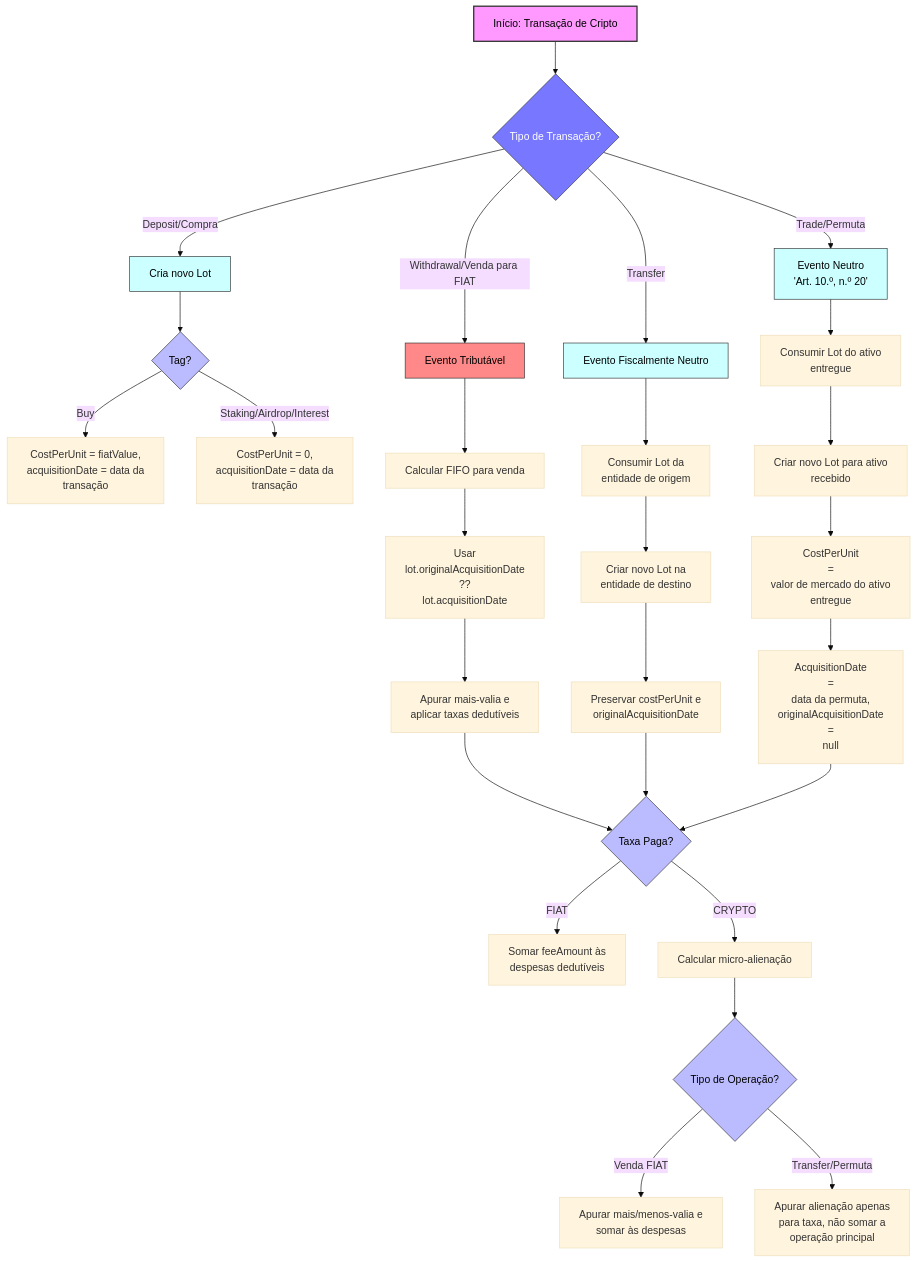
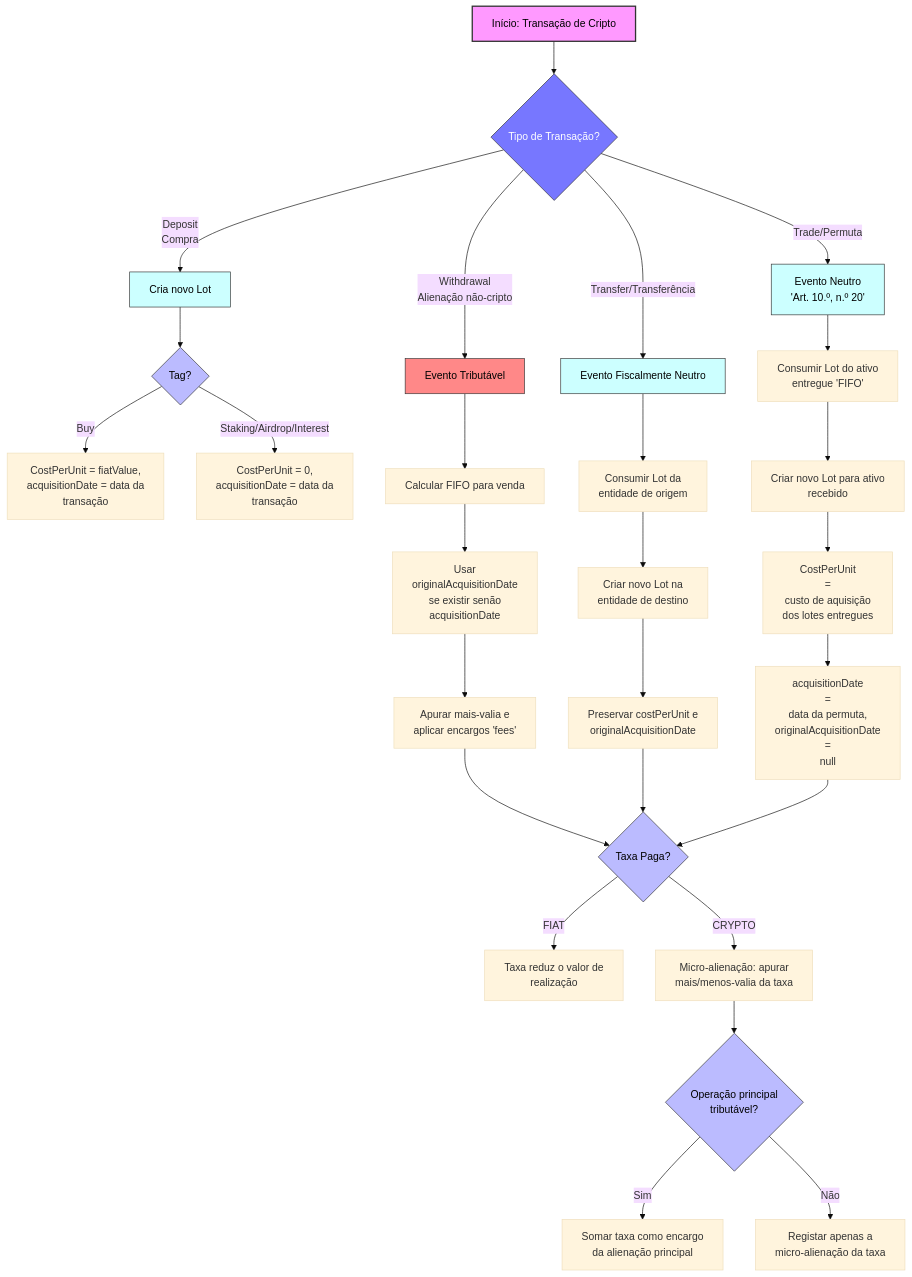
Before and after one commit to marotoweb/declaracriptopt: the diagram in fluxograma.mermaid, drawn with Mermaid (base theme). The commit also changed 2 other files, not shown here.

```diff
--- a/fluxograma.mermaid
+++ b/fluxograma.mermaid
@@ -1,46 +1,44 @@
 flowchart TD
     A[Início: Transação de Cripto] --> B{Tipo de Transação?}
 
-    B -->|Deposit/Compra| C[Cria novo Lot]
+    B -->|Deposit<br>Compra| C[Cria novo Lot]
     C --> C1{Tag?}
     C1 -->|Buy| C2[CostPerUnit = fiatValue,<br> acquisitionDate = data da <br>transação]
     C1 -->|Staking/Airdrop/Interest| C3[CostPerUnit = 0,<br> acquisitionDate = data da<br> transação]
 
-    B -->|Withdrawal/Venda para FIAT| D[Evento Tributável]
+    B -->|Withdrawal<br>Alienação não-cripto| D[Evento Tributável]
     D --> D1[Calcular FIFO para venda]
-    D1 --> D2[Usar<br> lot.originalAcquisitionDate<br>??<br>lot.acquisitionDate]
-    D2 --> D3[Apurar mais-valia e<br> aplicar taxas dedutíveis]
+    D1 --> D2[Usar<br> originalAcquisitionDate<br>se existir senão<br>acquisitionDate]
+    D2 --> D3[Apurar mais-valia e<br> aplicar encargos 'fees']
 
-    B -->|Transfer| E[Evento Fiscalmente Neutro]
+    B -->|Transfer/Transferência| E[Evento Fiscalmente Neutro]
     E --> E1[Consumir Lot da<br> entidade de origem]
     E1 --> E2[Criar novo Lot na<br> entidade de destino]
     E2 --> E3[Preservar costPerUnit e<br> originalAcquisitionDate]
 
     B -->|Trade/Permuta| F["Evento Neutro<br> 'Art. 10.º, n.º 20'"]
-    F --> F1[Consumir Lot do ativo<br> entregue]
+    F --> F1[Consumir Lot do ativo<br> entregue 'FIFO']
     F1 --> F2[Criar novo Lot para ativo<br> recebido]
-    F2 --> F3[CostPerUnit <br>=<br> valor de mercado do ativo<br> entregue]
-    F3 --> F4[AcquisitionDate <br>=<br> data da permuta,<br> originalAcquisitionDate <br>=<br> null]
+    F2 --> F3[CostPerUnit <br>=<br> custo de aquisição<br> dos lotes entregues]
+    F3 --> F4[acquisitionDate <br>=<br> data da permuta,<br> originalAcquisitionDate <br>=<br> null]
 
     %% Taxas
     D3 --> G{Taxa Paga?}
     E3 --> G
     F4 --> G
 
-    G -->|FIAT| G1[Somar feeAmount às<br> despesas dedutíveis]
-    G -->|CRYPTO| G2[Calcular micro-alienação]
-    G2 --> G3{Tipo de Operação?}
-    G3 -->|Venda FIAT| G4[Apurar mais/menos-valia e<br> somar às despesas]
-    G3 -->|Transfer/Permuta| G5[Apurar alienação apenas<br> para taxa, não somar a<br> operação principal]
+    G -->|FIAT| G1[Taxa reduz o valor de<br> realização]
+    G -->|CRYPTO| G2[Micro-alienação: apurar<br> mais/menos-valia da taxa]
+    G2 --> G3{Operação principal<br> tributável?}
+    G3 -->|Sim| G4[Somar taxa como encargo<br> da alienação principal]
+    G3 -->|Não| G5[Registar apenas a<br> micro-alienação da taxa]
 
     style A fill:#f9f,stroke:#333,stroke-width:2px,color:#000
-    
     style B fill:#77f,stroke:#333,stroke-width:1px,color:#fff
-
     style C fill:#cff,stroke:#333,stroke-width:1px,color:#000
     style D fill:#f88,stroke:#333,stroke-width:1px,color:#000
     style E fill:#cff,stroke:#333,stroke-width:1px,color:#000
     style F fill:#cff,stroke:#333,stroke-width:1px,color:#000
     style G fill:#bbf,stroke:#333,stroke-width:1px,color:#000
     style C1 fill:#bbf,stroke:#333,stroke-width:1px,color:#000
     style G3 fill:#bbf,stroke:#333,stroke-width:1px,color:#000
```
